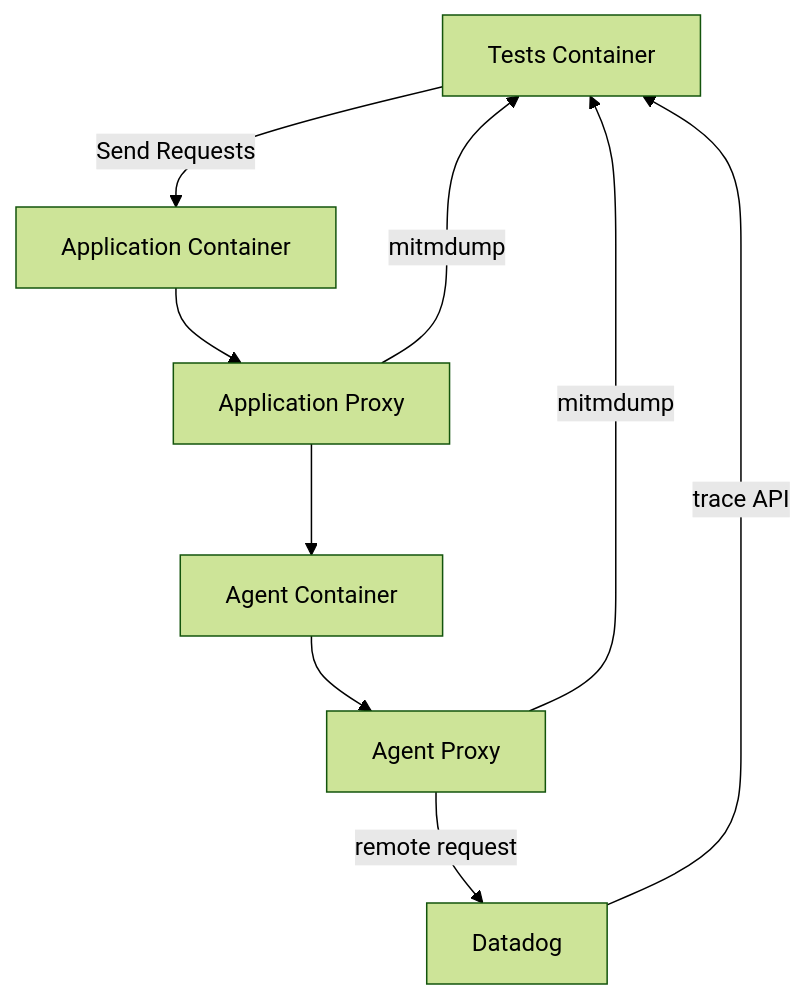
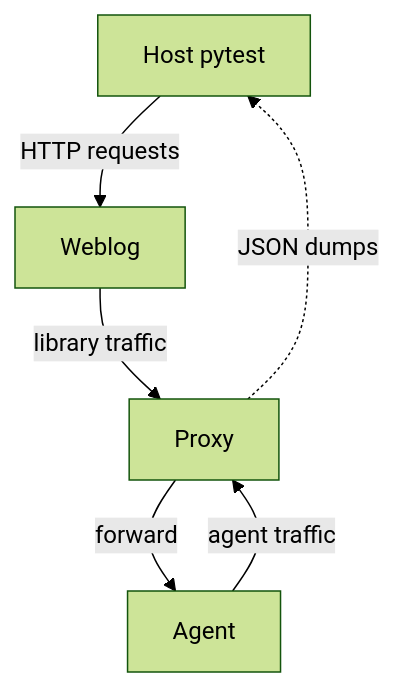
The first of 2 diagrams in docs/understand/architecture.md (DataDog/system-tests), drawn with Mermaid (forest theme) before and after one commit. The commit also changed other lines of this file and 1 other file, not shown here.

Commit message:
(docs) Update architecture graph

````diff
--- a/docs/understand/architecture.md
+++ b/docs/understand/architecture.md
@@ -36,11 +35,8 @@
 ```mermaid
 flowchart TD
-    TESTS[Tests Container] -->|Send Requests| APP
-    APP[Application Container] --> APPPROXY
-    APPPROXY[Application Proxy] --> AGENT
-    APPPROXY -->|mitmdump| TESTS
-    AGENT[Agent Container] --> AGENTPROXY
-    AGENTPROXY[Agent Proxy] -->|remote request| BACKEND
-    AGENTPROXY -->|mitmdump| TESTS
-    BACKEND[Datadog] -->|trace API| TESTS
+    HOST[Host pytest] -->|HTTP requests| WEBLOG
+    WEBLOG[Weblog] -->|library traffic| PROXY
+    PROXY[Proxy] -->|forward| AGENT
+    AGENT[Agent] -->|agent traffic| PROXY
+    PROXY -.->|JSON dumps| HOST
 ```
````
